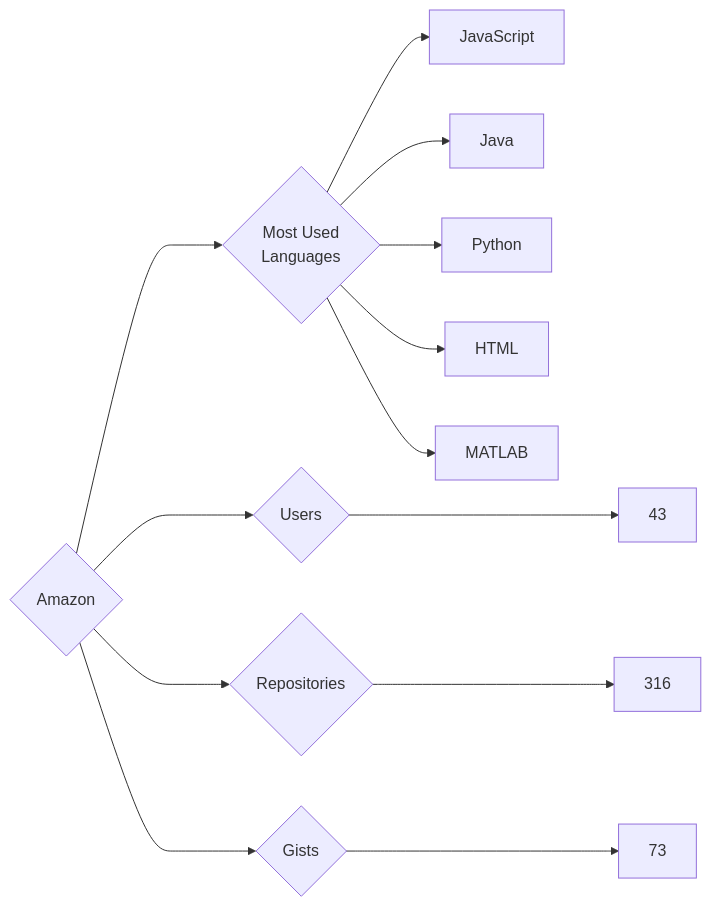
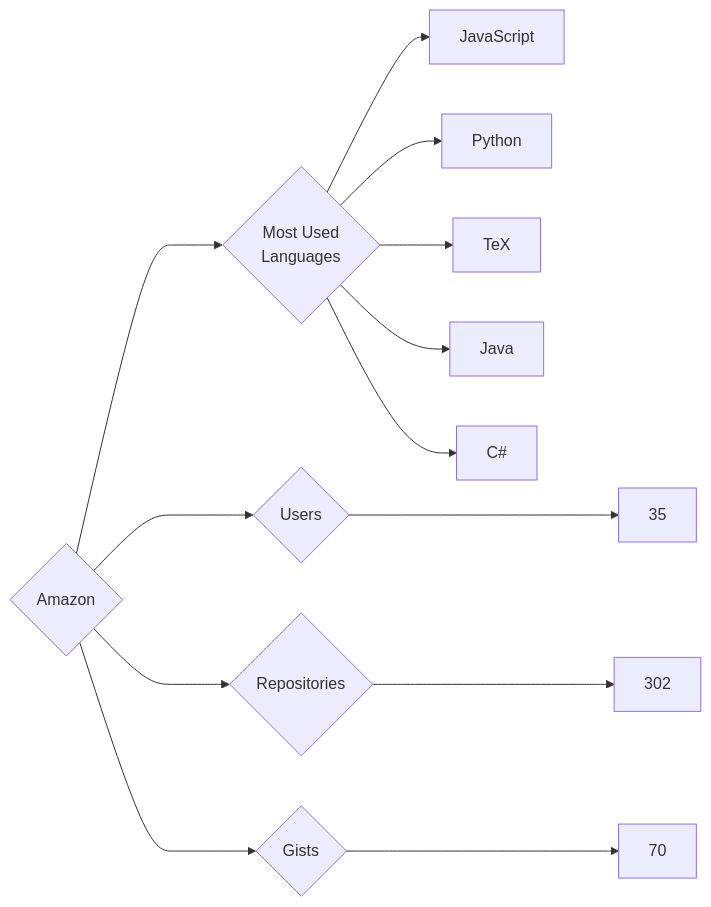
One commit to trickest/insiders changed the diagram in targets/Amazon/README.md. Above: the diagram before and after it, drawn with Mermaid. The commit also changed 847 other files, not shown here.

````diff
--- a/targets/Amazon/README.md
+++ b/targets/Amazon/README.md
@@ -3,13 +3,13 @@
 ```mermaid
 graph LR
 COMPANY_NAME{Amazon}
-COMPANY_NAME ---> U{Users} ---> UN[43]
-COMPANY_NAME ---> R{Repositories} ---> RN[316]
-COMPANY_NAME ---> G{Gists} ---> GN[73]
+COMPANY_NAME ---> U{Users} ---> UN[35]
+COMPANY_NAME ---> R{Repositories} ---> RN[302]
+COMPANY_NAME ---> G{Gists} ---> GN[70]
 COMPANY_NAME ---> ML{Most Used<br>Languages}
 ML --> JavaScript[JavaScript]
+ML --> Python[Python]
+ML --> TeX[TeX]
 ML --> Java[Java]
-ML --> Python[Python]
-ML --> HTML[HTML]
-ML --> MATLAB[MATLAB]
+ML --> C#[C#]
 ```
````
